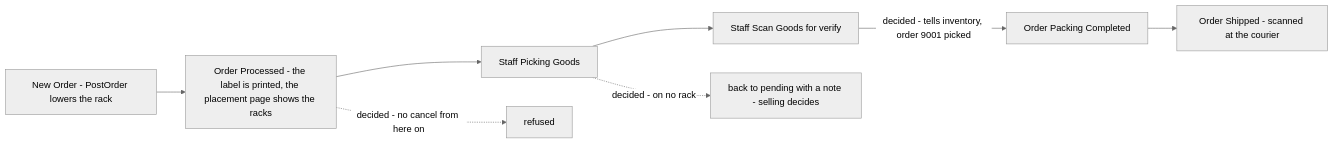
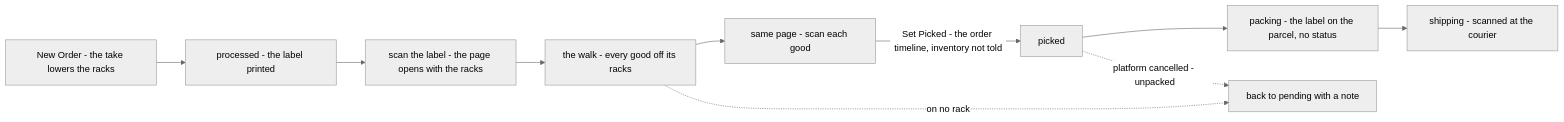
The second of 8 diagrams in docs/business/inventory/order_clarify.md (pdcgo/warehouse_revamp), drawn with Mermaid (neutral theme) before and after one commit. The commit also changed other lines of this file and 24 other files, not shown here.

````diff
--- a/docs/business/inventory/order_clarify.md
+++ b/docs/business/inventory/order_clarify.md
@@ -126,10 +159,12 @@
 ```mermaid
 flowchart LR
-  N["New Order - PostOrder lowers the rack"] --> C["Order Processed - the label is printed, the placement page shows the racks"]
-  C --> P["Staff Picking Goods"]
-  P --> S["Staff Scan Goods for verify"]
-  S -->|"decided - tells inventory, order 9001 picked"| K["Order Packing Completed"]
-  K --> SH["Order Shipped - scanned at the courier"]
-  P -.->|"decided - on no rack"| NF["back to pending with a note - selling decides"]
-  C -.->|"decided - no cancel from here on"| CX["refused"]
+  N["New Order - the take lowers the racks"] --> C["processed - the label printed"]
+  C --> O["scan the label - the page opens with the racks"]
+  O --> W["the walk - every good off its racks"]
+  W --> V["same page - scan each good"]
+  V -->|"Set Picked - the order timeline, inventory not told"| P["picked"]
+  P --> K["packing - the label on the parcel, no status"]
+  K --> SH["shipping - scanned at the courier"]
+  W -.->|"on no rack"| NF["back to pending with a note"]
+  P -.->|"platform cancelled - unpacked"| NF
 ```
````
